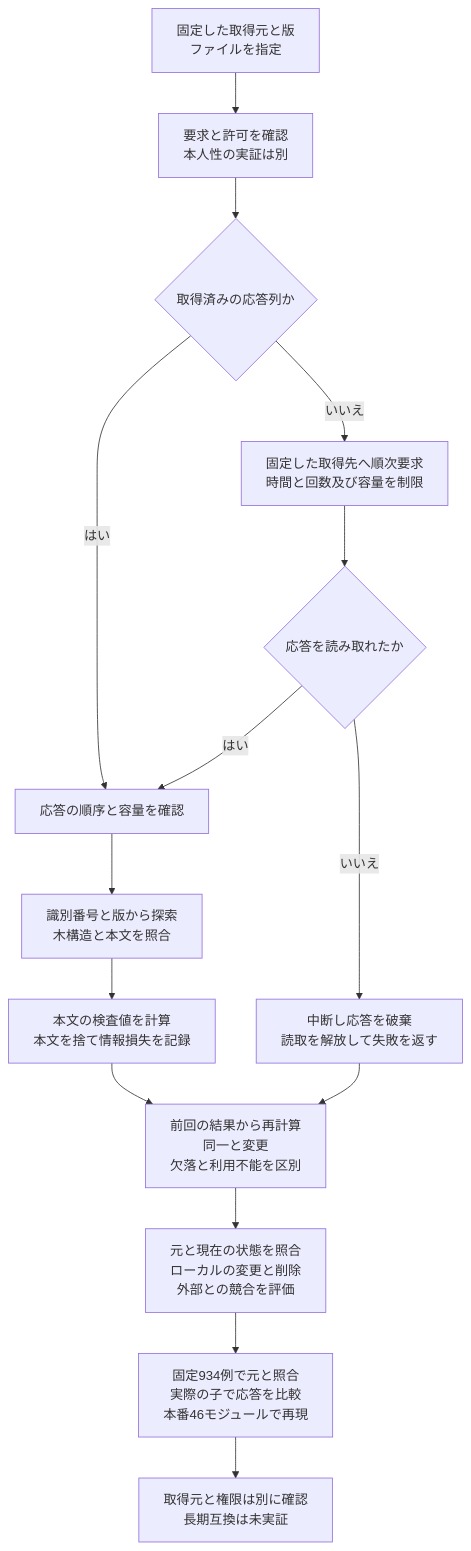
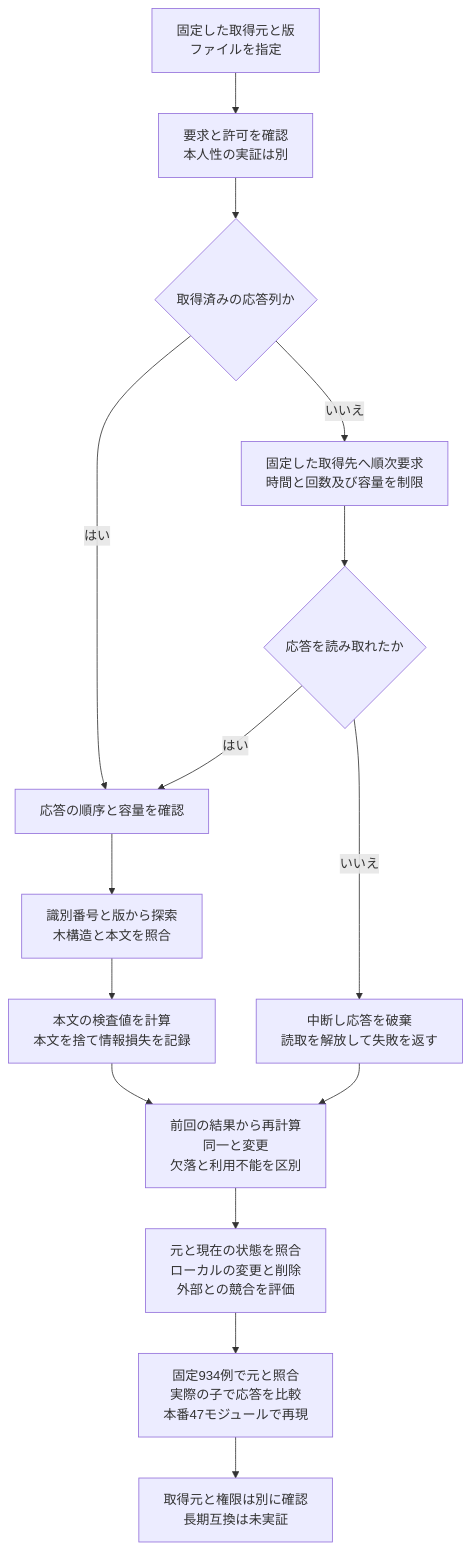
The diagram in docs/diagrams/python-github-import.mmd (koukemo/morivyx), drawn with Mermaid before and after one commit. The commit also changed 48 other files, not shown here.

```diff
--- a/docs/diagrams/python-github-import.mmd
+++ b/docs/diagrams/python-github-import.mmd
@@ -1,15 +1,15 @@
 flowchart TD
   A[固定した取得元と版<br/>ファイルを指定] --> B[要求と許可を確認<br/>本人性の実証は別]
   B --> C{取得済みの応答列か}
   C -->|はい| D[応答の順序と容量を確認]
   C -->|いいえ| E[固定した取得先へ順次要求<br/>時間と回数及び容量を制限]
   E --> F{応答を読み取れたか}
   F -->|はい| D
   F -->|いいえ| G[中断し応答を破棄<br/>読取を解放して失敗を返す]
   D --> H[識別番号と版から探索<br/>木構造と本文を照合]
   H --> I[本文の検査値を計算<br/>本文を捨て情報損失を記録]
   I --> J[前回の結果から再計算<br/>同一と変更<br/>欠落と利用不能を区別]
   G --> J
   J --> K[元と現在の状態を照合<br/>ローカルの変更と削除<br/>外部との競合を評価]
-  K --> L[固定934例で元と照合<br/>実際の子で応答を比較<br/>本番46モジュールで再現]
+  K --> L[固定934例で元と照合<br/>実際の子で応答を比較<br/>本番47モジュールで再現]
   L --> M[取得元と権限は別に確認<br/>長期互換は未実証]
```
